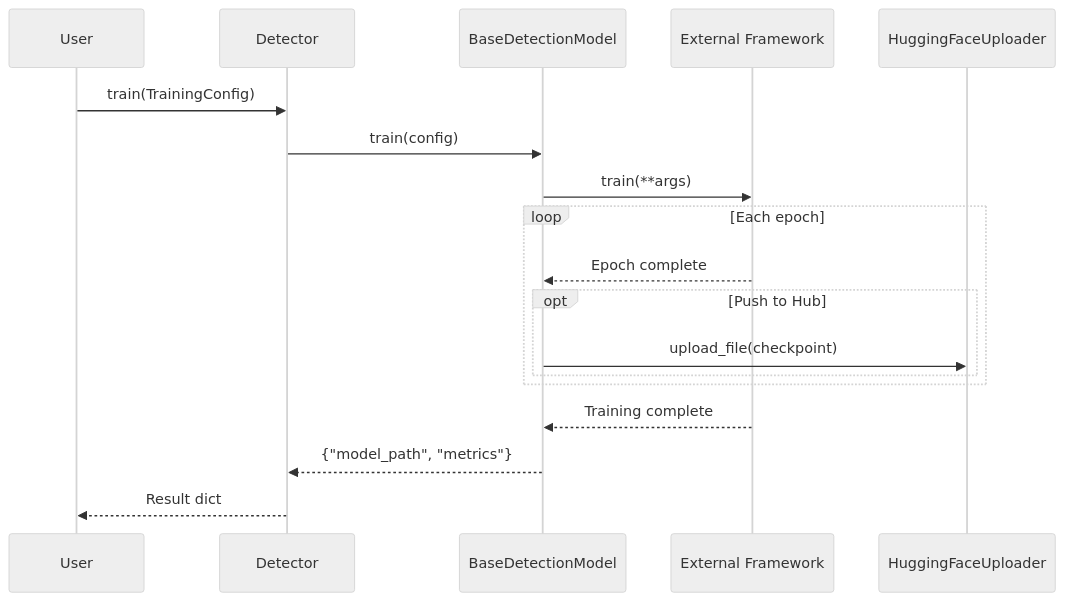
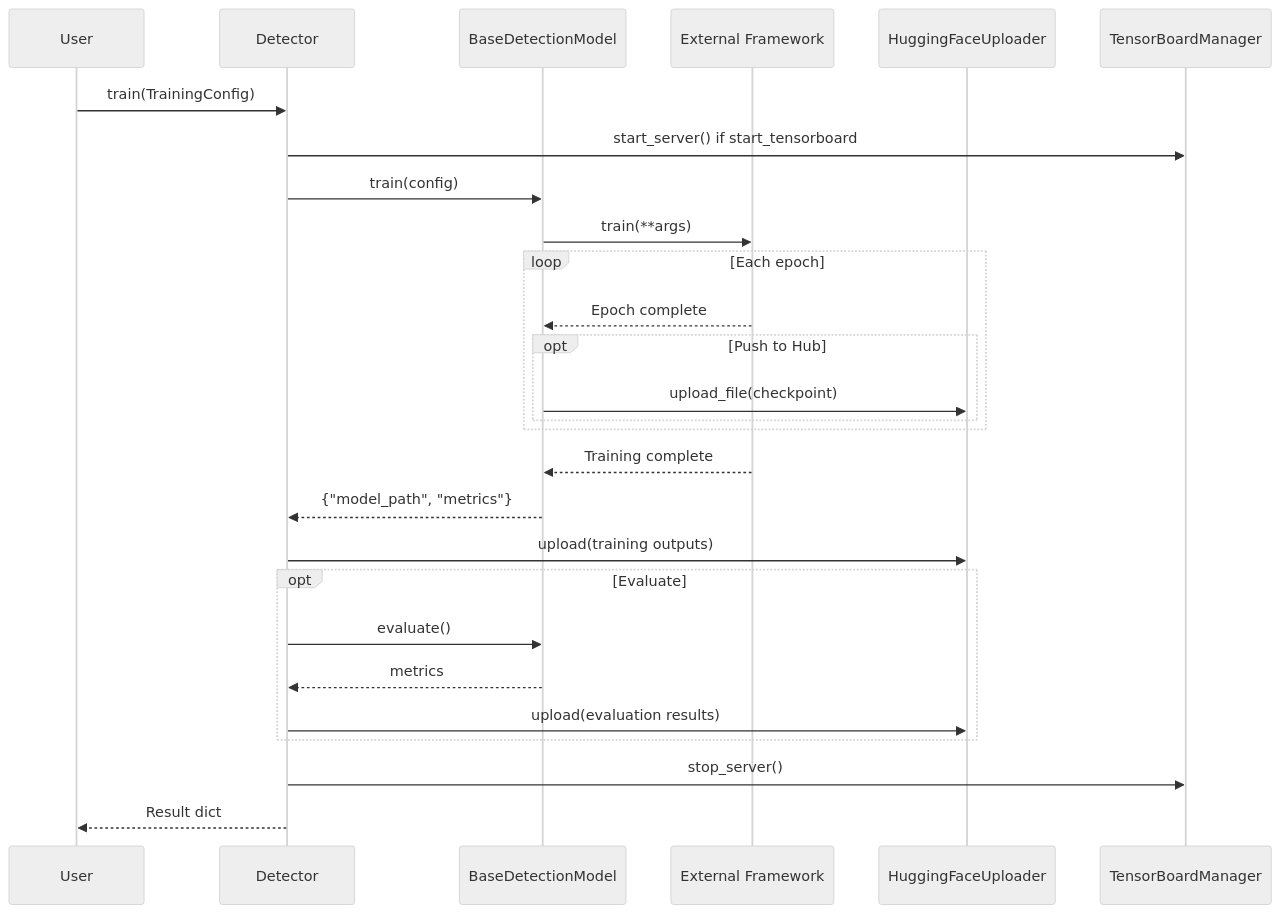
One commit to Black-Bee-Drones/nectar-sdk changed the third of 5 diagrams in nectar/nectar/ai/detection/README.md. Above: the diagram before and after it, drawn with Mermaid (neutral theme). The commit also changed other lines of this file, not shown here.

Commit message:
docs(ai): README with TensorBoard management and HuggingFace upload details for training and evaluation

````diff
--- a/nectar/nectar/ai/detection/README.md
+++ b/nectar/nectar/ai/detection/README.md
@@ -581,23 +604,32 @@
 ```mermaid
 sequenceDiagram
     participant User
     participant Detector
     participant Model as BaseDetectionModel
     participant Framework as External Framework
     participant HF as HuggingFaceUploader
+    participant TB as TensorBoardManager
 
     User->>Detector: train(TrainingConfig)
+    Detector->>TB: start_server() if start_tensorboard
     Detector->>Model: train(config)
     Model->>Framework: train(**args)
 
     loop Each epoch
         Framework-->>Model: Epoch complete
         opt Push to Hub
             Model->>HF: upload_file(checkpoint)
         end
     end
 
     Framework-->>Model: Training complete
     Model-->>Detector: {"model_path", "metrics"}
+    Detector->>HF: upload(training outputs)
+    opt Evaluate
+        Detector->>Model: evaluate()
+        Model-->>Detector: metrics
+        Detector->>HF: upload(evaluation results)
+    end
+    Detector->>TB: stop_server()
     Detector-->>User: Result dict
 ```
````
